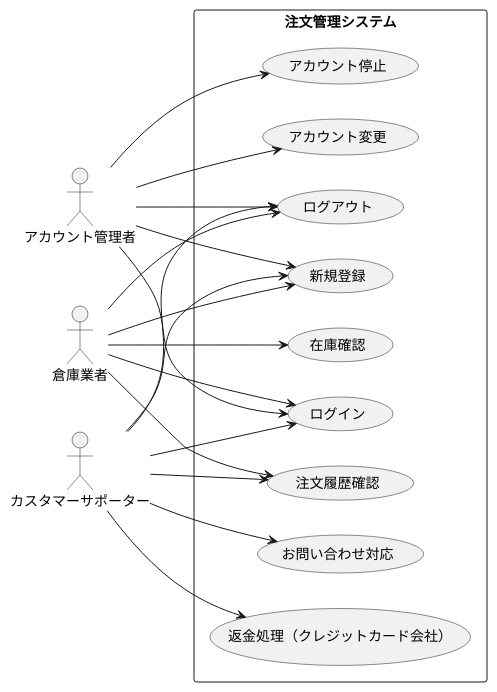
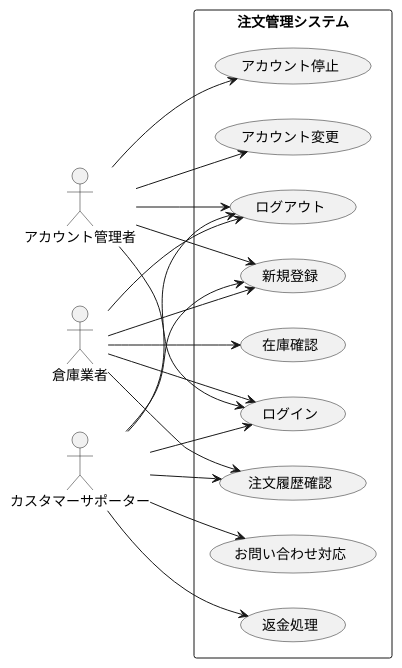
The diagram in group/3-3_総合演習1_BBショップ注文管理システム/ユースケース図/usecase_kanri.pu (ko246/ohara_uml), drawn with PlantUML before and after one commit. The commit also changed 8 other files, not shown here.

```diff
--- a/group/3-3_総合演習1_BBショップ注文管理システム/ユースケース図/usecase_kanri.pu
+++ b/group/3-3_総合演習1_BBショップ注文管理システム/ユースケース図/usecase_kanri.pu
@@ -1,43 +1,43 @@
 @startuml 注文管理システム
 left to right direction
 
 ' アクター定義
 actor アカウント管理者
 actor 倉庫業者
 actor カスタマーサポーター
 
 rectangle 注文管理システム {
   usecase "ログイン" as UC_Login
   usecase "ログアウト" as UC_Logout
   usecase "新規登録" as UC_Register
   usecase "注文履歴確認" as UC_CheckHistory
   usecase "在庫確認" as UC_CheckStock
-  usecase "返金処理（クレジットカード会社）" as UC_Refund
+  usecase "返金処理" as UC_Refund
   usecase "お問い合わせ対応" as UC_HandleInquiry
   usecase "アカウント変更" as UC_UpdateAccount
   usecase "アカウント停止" as UC_DeleteAccount
 }
 
 ' システム管理者のユースケース
 アカウント管理者 --> UC_Login
 アカウント管理者 --> UC_Logout
 アカウント管理者 --> UC_Register
 アカウント管理者 --> UC_UpdateAccount
 アカウント管理者 --> UC_DeleteAccount
 
 ' カスタマーサポーターのユースケース
 カスタマーサポーター --> UC_Login
 カスタマーサポーター --> UC_Logout
 カスタマーサポーター --> UC_Register
 カスタマーサポーター --> UC_CheckHistory
 カスタマーサポーター --> UC_Refund
 カスタマーサポーター --> UC_HandleInquiry
 
 ' 配送業者のユースケース
 倉庫業者 --> UC_Login
 倉庫業者 --> UC_Logout
 倉庫業者 --> UC_Register
 倉庫業者 --> UC_CheckStock
 倉庫業者 --> UC_CheckHistory
 
 @enduml
```
